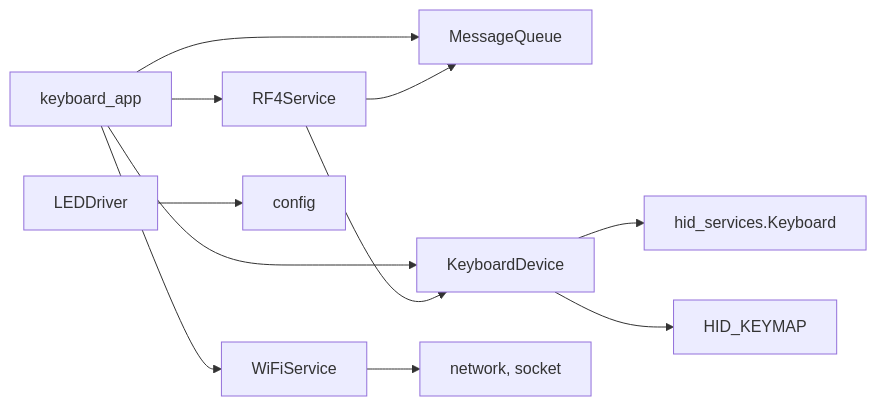
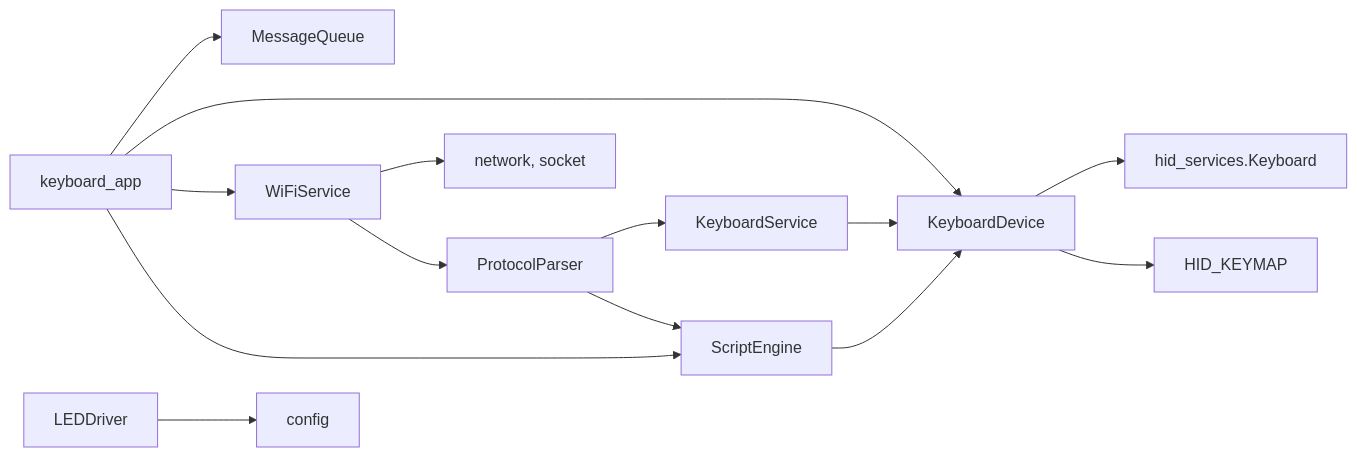
Before and after one commit to Ts-sound/esp32-python-keyboard: the second of 6 diagrams in docs/design/README.md, drawn with Mermaid. The commit also changed other lines of this file and 2 other files, not shown here.

Commit message:
docs: update design docs to reflect new architecture (Task 10)

````diff
--- a/docs/design/README.md
+++ b/docs/design/README.md
@@ -59,17 +64,21 @@
 ```mermaid
 flowchart LR
     KA[keyboard_app] --> MQ[MessageQueue]
     KA --> KD[KeyboardDevice]
     KA --> WS[WiFiService]
-    KA --> RS[RF4Service]
+    KA --> SE[ScriptEngine]
     
     KD --> HSK[hid_services.Keyboard]
     KD --> HM[HID_KEYMAP]
     
     WS --> NET[network, socket]
+    WS --> PP[ProtocolParser]
     
-    RS --> KD
-    RS --> MQ
+    PP --> KS[KeyboardService]
+    PP --> SE
+    
+    KS --> KD
+    SE --> KD
     
     LD[LEDDriver] --> CFG[config]
 ```
````
